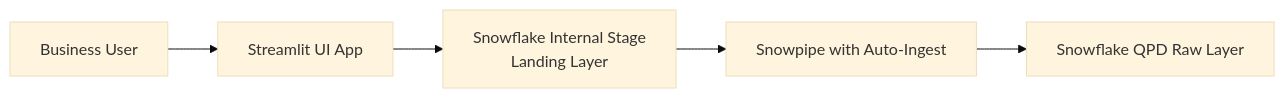
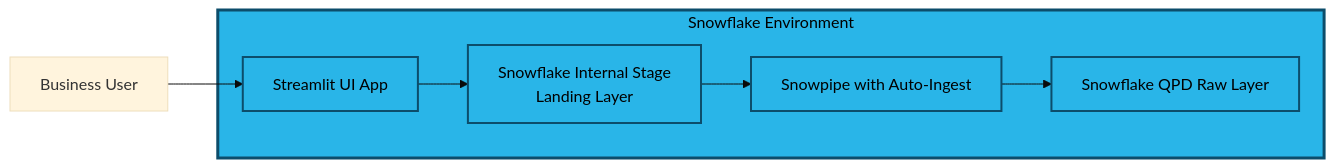
The ninth of 22 diagrams in 15-BB-QPD Future State/QPD - Future State.md (sfc-gh-mhindi/REPO_CBA), drawn with Mermaid (base theme) before and after one commit. The commit also changed other lines of this file, not shown here.

Commit message:
Update QPD - Future State.md

````diff
--- a/15-BB-QPD Future State/QPD - Future State.md
+++ b/15-BB-QPD Future State/QPD - Future State.md
@@ -544,7 +609,22 @@
 ```mermaid
 graph LR
-    User[Business User] --> Streamlit[Streamlit UI App]
-    Streamlit --> SF_Internal[Snowflake Internal Stage<br/>Landing Layer]
-    SF_Internal --> Snowpipe[Snowpipe with Auto-Ingest]
-    Snowpipe --> SF_Raw[Snowflake QPD Raw Layer]
+    User[Business User]
+    
+    subgraph Snowflake["Snowflake Environment"]
+        Streamlit[Streamlit UI App]
+        SF_Internal[Snowflake Internal Stage<br/>Landing Layer]
+        Snowpipe[Snowpipe with Auto-Ingest]
+        SF_Raw[Snowflake QPD Raw Layer]
+    end
+    
+    User --> Streamlit
+    Streamlit --> SF_Internal
+    SF_Internal --> Snowpipe
+    Snowpipe --> SF_Raw
+    
+    style Snowflake fill:#29b5e8,stroke:#0c4d6b,stroke-width:3px,color:#000
+    style Streamlit fill:#29b5e8,stroke:#0c4d6b,stroke-width:2px,color:#000
+    style SF_Internal fill:#29b5e8,stroke:#0c4d6b,stroke-width:2px,color:#000
+    style Snowpipe fill:#29b5e8,stroke:#0c4d6b,stroke-width:2px,color:#000
+    style SF_Raw fill:#29b5e8,stroke:#0c4d6b,stroke-width:2px,color:#000
 ```
````
